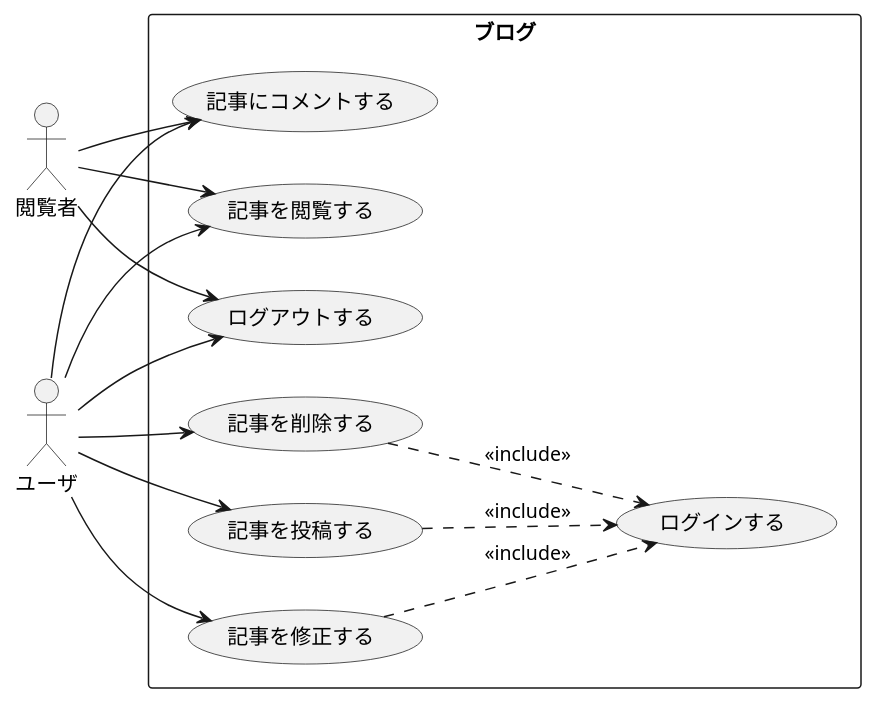
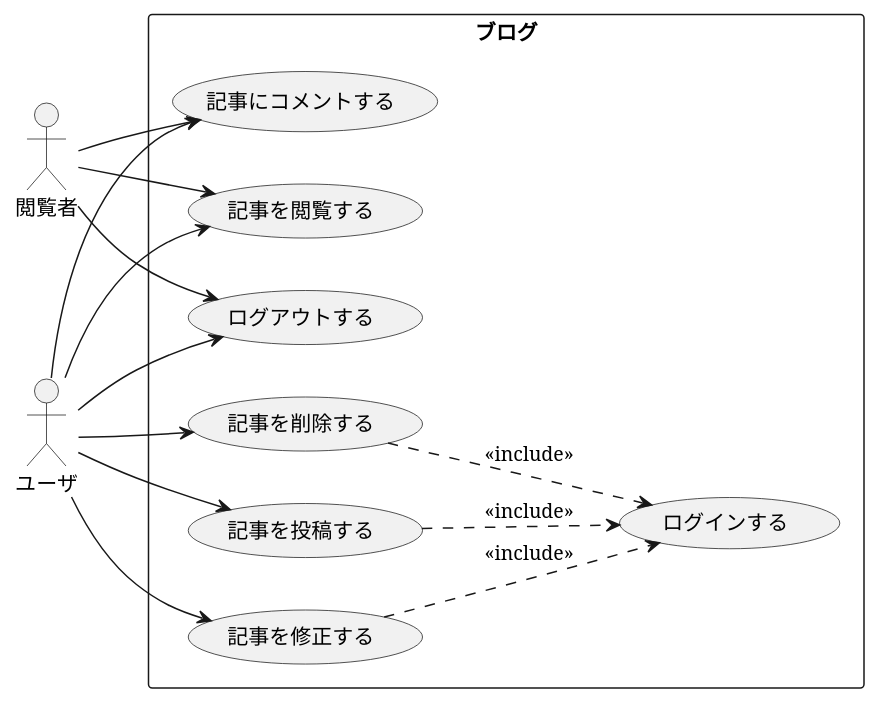
Before and after one commit to zunda-cafe/zunda-devstudy-doc: the diagram in source/ed/use_case.rst, drawn with PlantUML.

Commit message:
tuning conf.py

```diff
--- a/source/ed/use_case.rst
+++ b/source/ed/use_case.rst
@@ -48,32 +48,33 @@
 .. uml::
 
   @startuml
   left to right direction
   skinparam packageStyle rect
+  skinparam defaultFontName Serif
 
   actor :閲覧者: as Visitor
   actor :ユーザ: as User
 
   rectangle "ブログ" {
     usecase (ログインする) as Login
     usecase (記事を閲覧する) as ViewArticle
     usecase (記事を投稿する) as EntryArticle
     usecase (記事を修正する) as ModifyArticle
     usecase (記事を削除する) as RemoveArticle
     usecase (記事にコメントする) as EntryComment
     usecase (ログアウトする) as Logout
     EntryArticle ..> Login : <<include>>
     ModifyArticle ..> Login : <<include>>
     RemoveArticle ..> Login : <<include>>
     User --> EntryArticle
     User --> ModifyArticle
     User --> RemoveArticle
     User --> EntryComment
     Visitor --> EntryComment
     User --> ViewArticle
     Visitor --> ViewArticle
     User --> Logout
     Visitor --> Logout
   }
 
   @enduml
```
